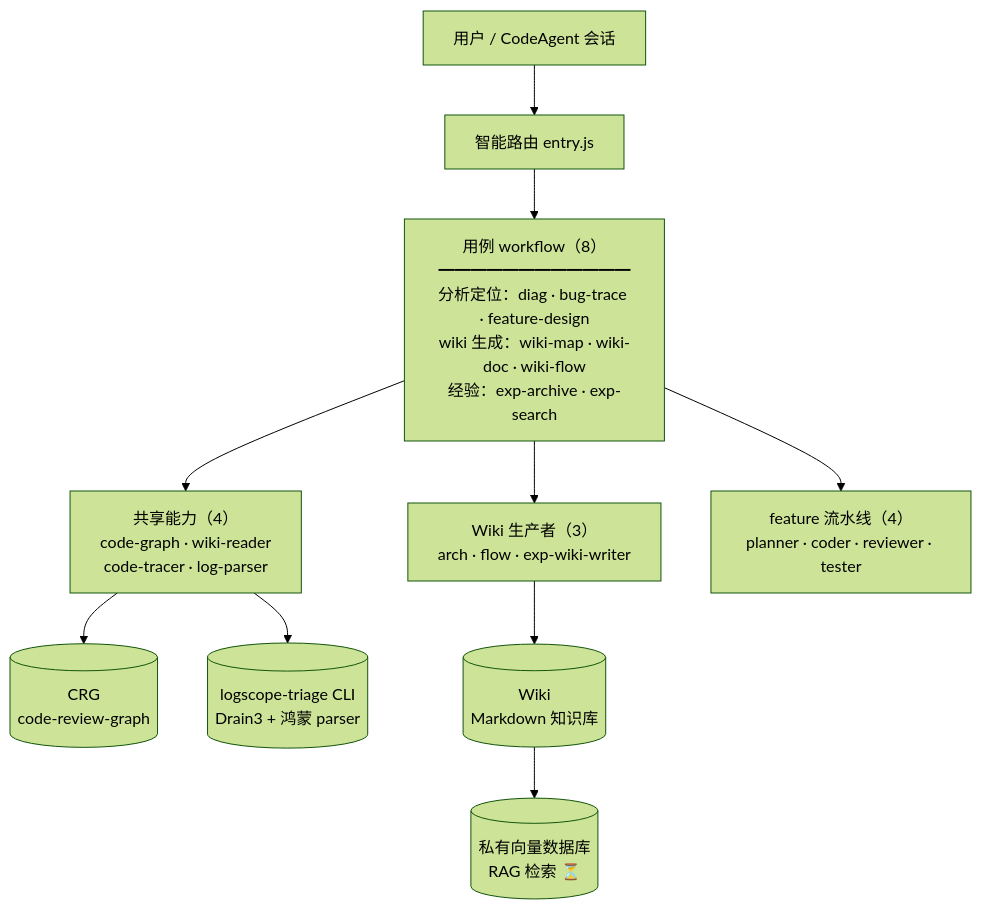
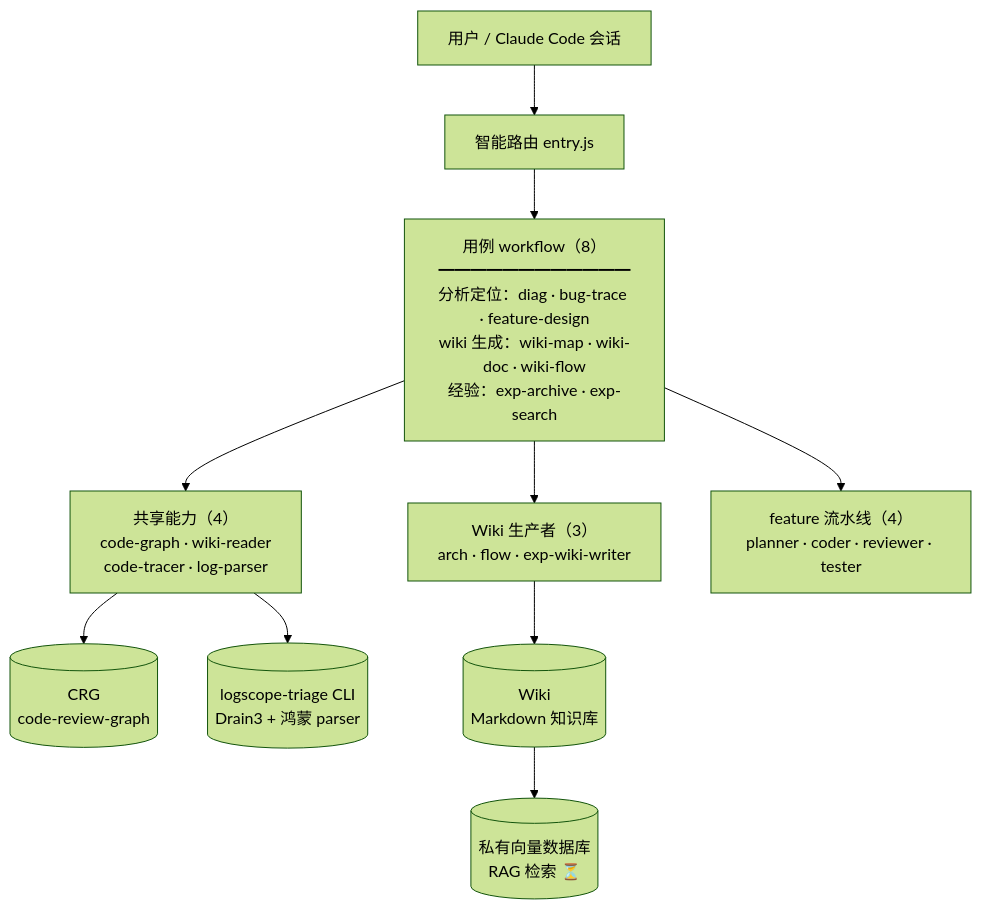
The diagram in README.md (astronautJack/HiAgent), drawn with Mermaid (forest theme) before and after one commit.

Commit message:
README 产品结构图：折叠式高层图（22节点→9），TB 竖向流，比例平衡

````diff
--- a/README.md
+++ b/README.md
@@ -146,12 +146,12 @@
 ```mermaid
 flowchart TB
-    Sess["用户 / CodeAgent 会话"] --> Entry["智能路由 entry.js"]
+    Sess["用户 / Claude Code 会话"] --> Entry["智能路由 entry.js"]
     Entry --> WFs["用例 workflow（8）<br/>━━━━━━━━━━━━<br/>分析定位：diag · bug-trace · feature-design<br/>wiki 生成：wiki-map · wiki-doc · wiki-flow<br/>经验：exp-archive · exp-search"]
     WFs --> Shared["共享能力（4）<br/>code-graph · wiki-reader<br/>code-tracer · log-parser"]
     WFs --> Producers["Wiki 生产者（3）<br/>arch · flow · exp-wiki-writer"]
     WFs --> Pipeline["feature 流水线（4）<br/>planner · coder · reviewer · tester"]
     Shared --> CRG[("CRG<br/>code-review-graph")]
     Shared --> CLI[("logscope-triage CLI<br/>Drain3 + 鸿蒙 parser")]
     Producers --> Wiki[("Wiki<br/>Markdown 知识库")]
     Wiki --> ATH[("私有向量数据库<br/>RAG 检索 ⏳")]
 ```
````
